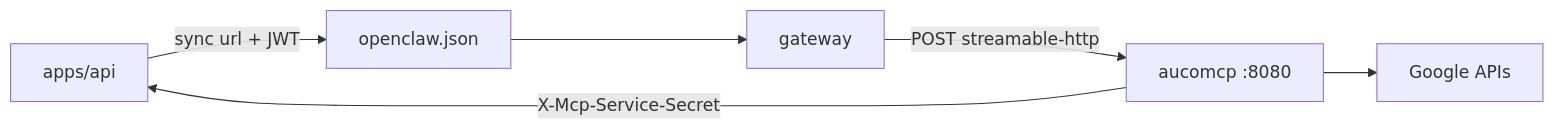
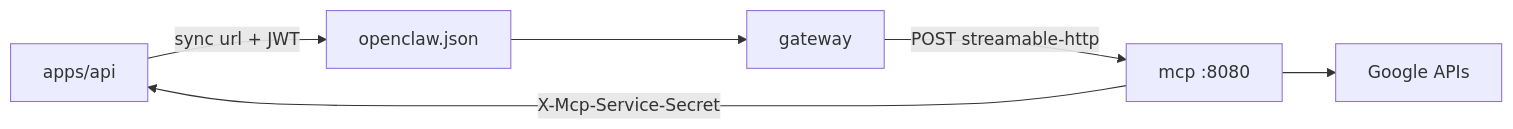
Before and after one commit to mankhb2k/claw-dashboard: the fifth of 11 diagrams in aucobot/docs/monorepo-diagram.md, drawn with Mermaid. The commit also changed other lines of this file and 99 other files, not shown here.

````diff
--- a/aucobot/docs/monorepo-diagram.md
+++ b/aucobot/docs/monorepo-diagram.md
@@ -184,8 +184,8 @@
 ```mermaid
 flowchart LR
   API[apps/api] -->|sync url + JWT| VOL[openclaw.json]
   VOL --> GW[gateway]
-  GW -->|POST streamable-http| MCP[aucomcp :8080]
+  GW -->|POST streamable-http| MCP[mcp :8080]
   MCP -->|X-Mcp-Service-Secret| API
   MCP --> GOOG[Google APIs]
 ```
````
